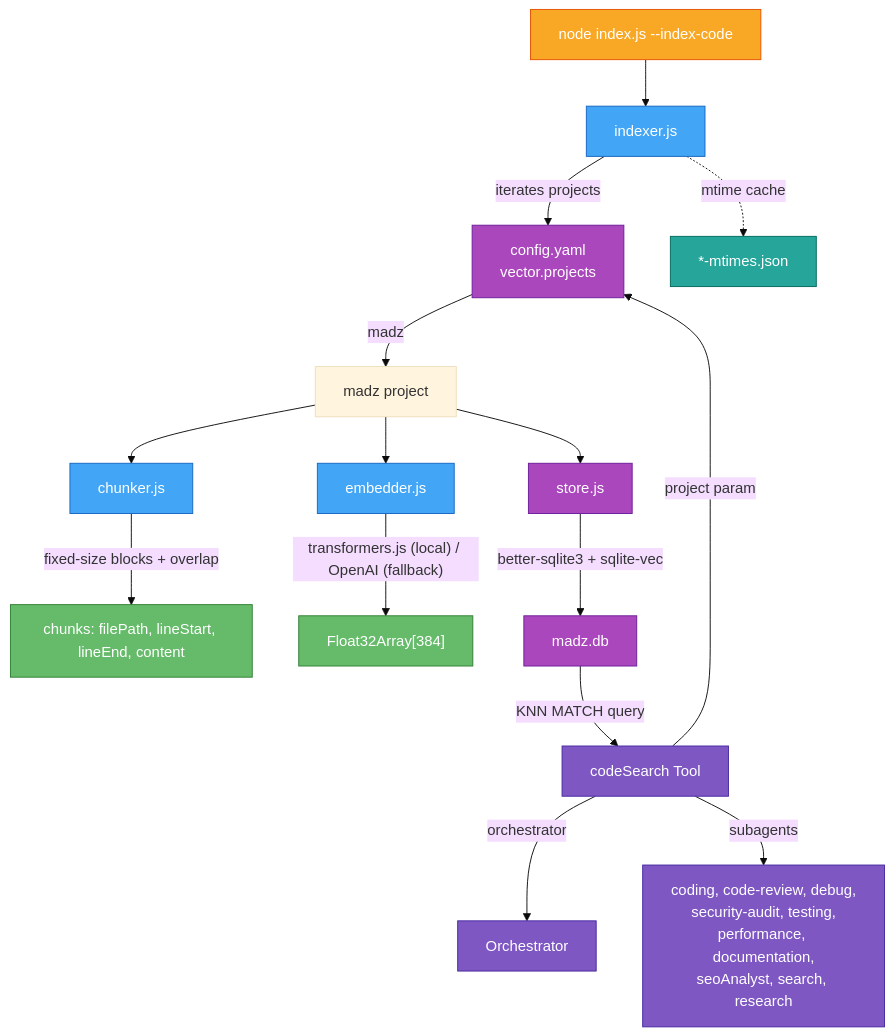
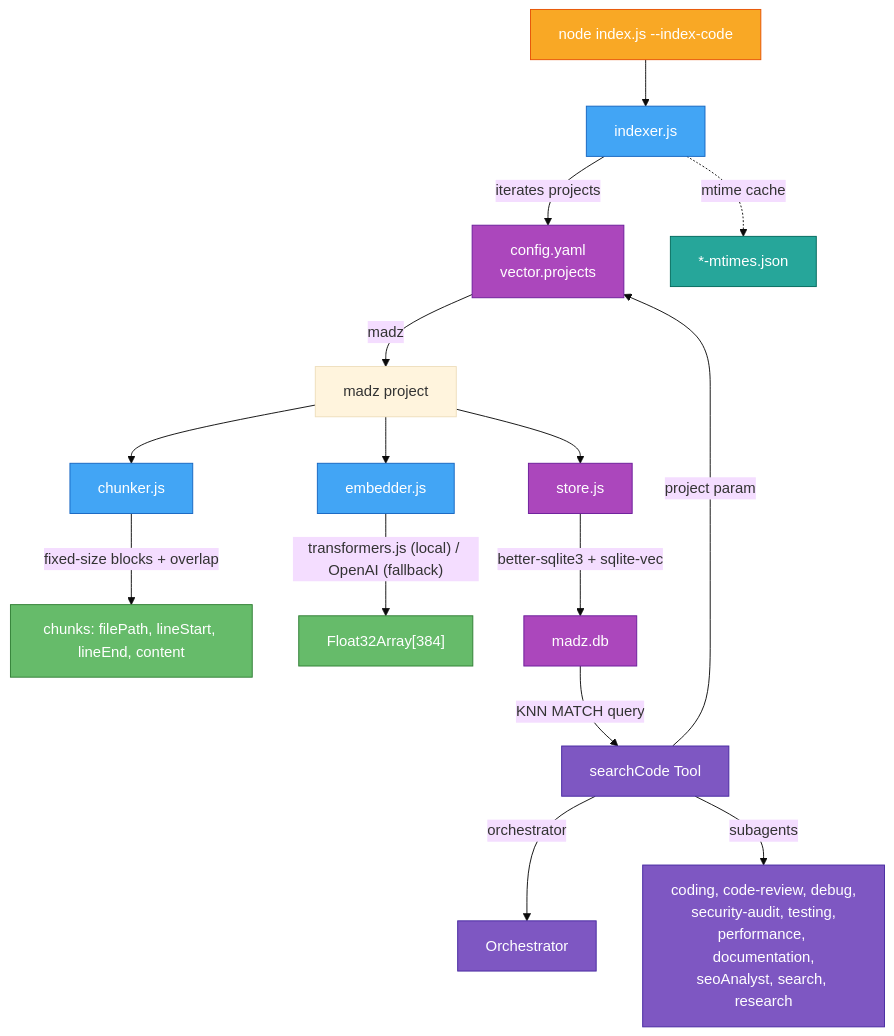
The diagram in docs/VECTOR_SEARCH.md (avoidwork/madz), drawn with Mermaid (base theme) before and after one commit. The commit also changed other lines of this file and 33 other files, not shown here.

````diff
--- a/docs/VECTOR_SEARCH.md
+++ b/docs/VECTOR_SEARCH.md
@@ -7,33 +7,33 @@
 ```mermaid
 graph TD
     CLI["node index.js --index-code"] --> IND["indexer.js"]
     IND -->|"iterates projects"| CFG["config.yaml<br/>vector.projects"]
     CFG -->|"madz"| MADZ["madz project"]
     MADZ --> CHK["chunker.js"]
     MADZ --> EMB["embedder.js"]
     MADZ --> STO["store.js"]
     IND -.->|"mtime cache"| MTC["*-mtimes.json"]
 
     CHK -->|"fixed-size blocks + overlap"| CHK_OUT["chunks: filePath, lineStart, lineEnd, content"]
     EMB -->|"transformers.js (local) / OpenAI (fallback)"| EMB_OUT["Float32Array[384]"]
     STO -->|"better-sqlite3 + sqlite-vec"| DB["madz.db"]
 
-    DB -->|"KNN MATCH query"| CST["codeSearch Tool"]
+    DB -->|"KNN MATCH query"| CST["searchCode Tool"]
     CST -->|"project param"| CFG
     CST -->|"orchestrator"| ORC["Orchestrator"]
     CST -->|"subagents"| SAG["coding, code-review, debug,<br/>security-audit, testing,<br/>performance, documentation,<br/>seoAnalyst, search, research"]
 
     classDef cli fill:#f9a825,color:#fff,stroke:#e65100
     classDef core fill:#42a5f5,color:#fff,stroke:#1565c0
     classDef util fill:#66bb6a,color:#fff,stroke:#2e7d32
     classDef store fill:#ab47bc,color:#fff,stroke:#6a1b9a
     classDef cache fill:#26a69a,color:#fff,stroke:#00695c
     classDef tool fill:#7e57c2,color:#fff,stroke:#4527a0
 
     class CLI cli
     class IND,CHK,EMB core
     class CHK_OUT,EMB_OUT util
     class STO,DB,CFG store
     class MTC cache
     class CST,ORC,SAG tool
 ```
````
